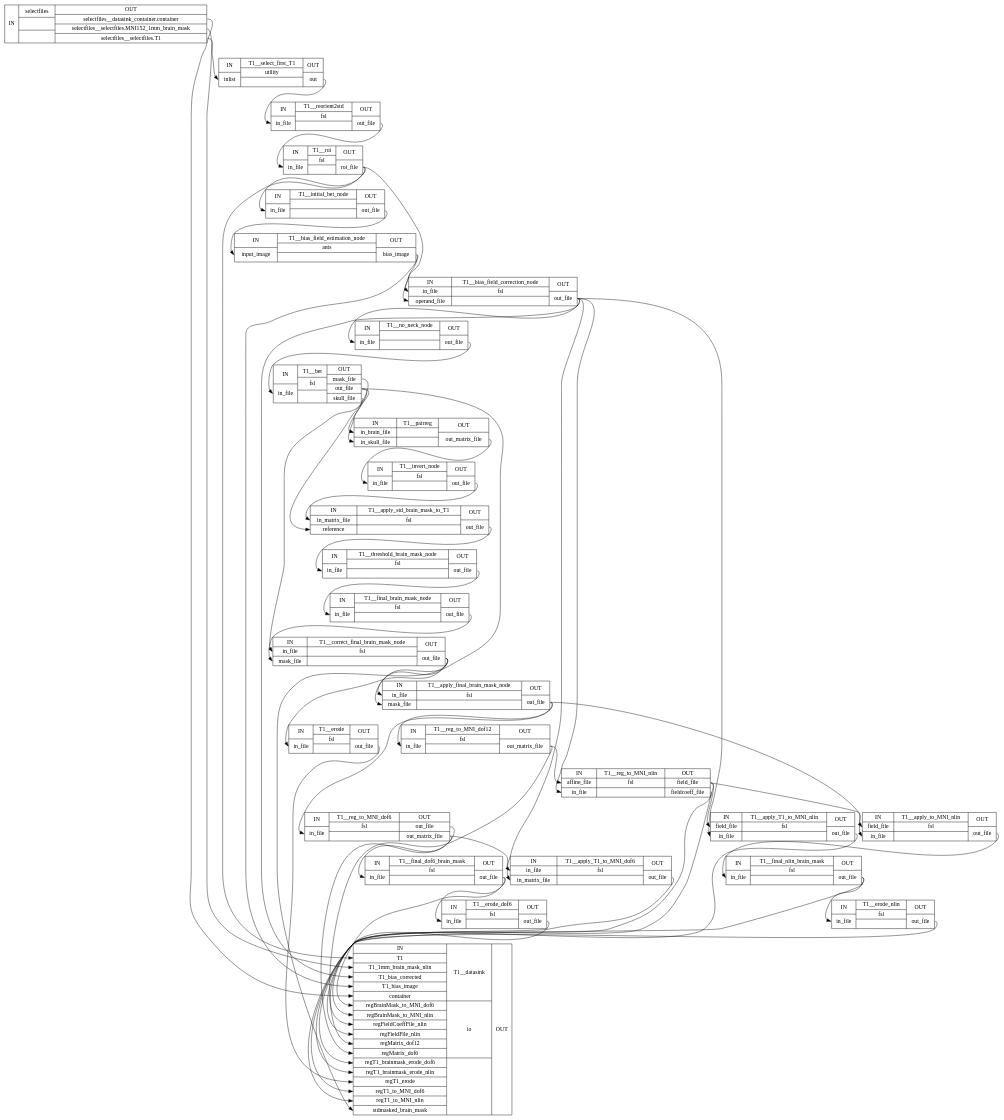
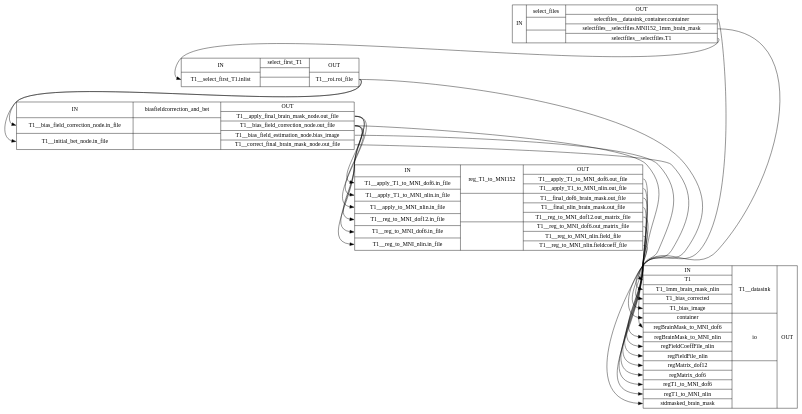
The diagram in 01_data/05_preprocess/graphs/preprocess_detailed.dot (christiantinauer/binADNI), drawn with Graphviz before and after one commit. The commit also changed 351 other files, not shown here.

```diff
--- a/01_data/05_preprocess/graphs/preprocess_detailed.dot
+++ b/01_data/05_preprocess/graphs/preprocess_detailed.dot
@@ -1,83 +1,31 @@
 digraph structs {
 node [shape=record];
-preprocessselectfiles [label="{IN}|{ selectfiles |  |  }|{OUT|<outselectfilesdatasinkcontainercontainer> selectfiles__datasink_container.container|<outselectfilesselectfilesMNI1521mmbrainmask> selectfiles__selectfiles.MNI152_1mm_brain_mask|<outselectfilesselectfilesT1> selectfiles__selectfiles.T1}"];
-preprocessT1__select_first_T1 [label="{IN|<ininlist> inlist}|{ T1__select_first_T1 | utility |  }|{OUT|<outout> out}"];
-preprocessT1__reorient2std [label="{IN|<ininfile> in_file}|{ T1__reorient2std | fsl |  }|{OUT|<outoutfile> out_file}"];
-preprocessT1__roi [label="{IN|<ininfile> in_file}|{ T1__roi | fsl |  }|{OUT|<outroifile> roi_file}"];
-preprocessT1__initial_bet_node [label="{IN|<ininfile> in_file}|{ T1__initial_bet_node |  |  }|{OUT|<outoutfile> out_file}"];
-preprocessT1__bias_field_estimation_node [label="{IN|<ininputimage> input_image}|{ T1__bias_field_estimation_node | ants |  }|{OUT|<outbiasimage> bias_image}"];
-preprocessT1__bias_field_correction_node [label="{IN|<ininfile> in_file|<inoperandfile> operand_file}|{ T1__bias_field_correction_node | fsl |  }|{OUT|<outoutfile> out_file}"];
-preprocessT1__no_neck_node [label="{IN|<ininfile> in_file}|{ T1__no_neck_node |  |  }|{OUT|<outoutfile> out_file}"];
-preprocessT1__bet [label="{IN|<ininfile> in_file}|{ T1__bet | fsl |  }|{OUT|<outmaskfile> mask_file|<outoutfile> out_file|<outskullfile> skull_file}"];
-preprocessT1__pairreg [label="{IN|<ininbrainfile> in_brain_file|<ininskullfile> in_skull_file}|{ T1__pairreg |  |  }|{OUT|<outoutmatrixfile> out_matrix_file}"];
-preprocessT1__invert_node [label="{IN|<ininfile> in_file}|{ T1__invert_node | fsl |  }|{OUT|<outoutfile> out_file}"];
-preprocessT1__apply_std_brain_mask_to_T1 [label="{IN|<ininmatrixfile> in_matrix_file|<inreference> reference}|{ T1__apply_std_brain_mask_to_T1 | fsl |  }|{OUT|<outoutfile> out_file}"];
-preprocessT1__threshold_brain_mask_node [label="{IN|<ininfile> in_file}|{ T1__threshold_brain_mask_node | fsl |  }|{OUT|<outoutfile> out_file}"];
-preprocessT1__final_brain_mask_node [label="{IN|<ininfile> in_file}|{ T1__final_brain_mask_node | fsl |  }|{OUT|<outoutfile> out_file}"];
-preprocessT1__correct_final_brain_mask_node [label="{IN|<ininfile> in_file|<inmaskfile> mask_file}|{ T1__correct_final_brain_mask_node | fsl |  }|{OUT|<outoutfile> out_file}"];
-preprocessT1__apply_final_brain_mask_node [label="{IN|<ininfile> in_file|<inmaskfile> mask_file}|{ T1__apply_final_brain_mask_node | fsl |  }|{OUT|<outoutfile> out_file}"];
-preprocessT1__erode [label="{IN|<ininfile> in_file}|{ T1__erode | fsl |  }|{OUT|<outoutfile> out_file}"];
-preprocessT1__reg_to_MNI_dof6 [label="{IN|<ininfile> in_file}|{ T1__reg_to_MNI_dof6 | fsl |  }|{OUT|<outoutfile> out_file|<outoutmatrixfile> out_matrix_file}"];
-preprocessT1__reg_to_MNI_dof12 [label="{IN|<ininfile> in_file}|{ T1__reg_to_MNI_dof12 | fsl |  }|{OUT|<outoutmatrixfile> out_matrix_file}"];
-preprocessT1__final_dof6_brain_mask [label="{IN|<ininfile> in_file}|{ T1__final_dof6_brain_mask | fsl |  }|{OUT|<outoutfile> out_file}"];
-preprocessT1__apply_T1_to_MNI_dof6 [label="{IN|<ininfile> in_file|<ininmatrixfile> in_matrix_file}|{ T1__apply_T1_to_MNI_dof6 | fsl |  }|{OUT|<outoutfile> out_file}"];
-preprocessT1__reg_to_MNI_nlin [label="{IN|<inaffinefile> affine_file|<ininfile> in_file}|{ T1__reg_to_MNI_nlin | fsl |  }|{OUT|<outfieldfile> field_file|<outfieldcoefffile> fieldcoeff_file}"];
-preprocessT1__erode_dof6 [label="{IN|<ininfile> in_file}|{ T1__erode_dof6 | fsl |  }|{OUT|<outoutfile> out_file}"];
-preprocessT1__apply_to_MNI_nlin [label="{IN|<infieldfile> field_file|<ininfile> in_file}|{ T1__apply_to_MNI_nlin | fsl |  }|{OUT|<outoutfile> out_file}"];
-preprocessT1__apply_T1_to_MNI_nlin [label="{IN|<infieldfile> field_file|<ininfile> in_file}|{ T1__apply_T1_to_MNI_nlin | fsl |  }|{OUT|<outoutfile> out_file}"];
-preprocessT1__final_nlin_brain_mask [label="{IN|<ininfile> in_file}|{ T1__final_nlin_brain_mask | fsl |  }|{OUT|<outoutfile> out_file}"];
-preprocessT1__erode_nlin [label="{IN|<ininfile> in_file}|{ T1__erode_nlin | fsl |  }|{OUT|<outoutfile> out_file}"];
-preprocessT1__datasink [label="{IN|<inT1> T1|<inT11mmbrainmasknlin> T1_1mm_brain_mask_nlin|<inT1biascorrected> T1_bias_corrected|<inT1biasimage> T1_bias_image|<incontainer> container|<inregBrainMasktoMNIdof6> regBrainMask_to_MNI_dof6|<inregBrainMasktoMNInlin> regBrainMask_to_MNI_nlin|<inregFieldCoeffFilenlin> regFieldCoeffFile_nlin|<inregFieldFilenlin> regFieldFile_nlin|<inregMatrixdof12> regMatrix_dof12|<inregMatrixdof6> regMatrix_dof6|<inregT1brainmaskerodedof6> regT1_brainmask_erode_dof6|<inregT1brainmaskerodenlin> regT1_brainmask_erode_nlin|<inregT1erode> regT1_erode|<inregT1toMNIdof6> regT1_to_MNI_dof6|<inregT1toMNInlin> regT1_to_MNI_nlin|<instdmaskedbrainmask> stdmasked_brain_mask}|{ T1__datasink | io |  }|{OUT}"];
-preprocessT1__apply_T1_to_MNI_dof6:outoutfile:e -> preprocessT1__datasink:inregT1toMNIdof6:w;
-preprocessT1__apply_T1_to_MNI_nlin:outoutfile:e -> preprocessT1__datasink:inregT1toMNInlin:w;
-preprocessT1__apply_final_brain_mask_node:outoutfile:e -> preprocessT1__apply_to_MNI_nlin:ininfile:w;
-preprocessT1__apply_final_brain_mask_node:outoutfile:e -> preprocessT1__reg_to_MNI_dof12:ininfile:w;
-preprocessT1__apply_final_brain_mask_node:outoutfile:e -> preprocessT1__reg_to_MNI_dof6:ininfile:w;
-preprocessT1__apply_std_brain_mask_to_T1:outoutfile:e -> preprocessT1__threshold_brain_mask_node:ininfile:w;
-preprocessT1__apply_to_MNI_nlin:outoutfile:e -> preprocessT1__final_nlin_brain_mask:ininfile:w;
-preprocessT1__bet:outmaskfile:e -> preprocessT1__correct_final_brain_mask_node:ininfile:w;
-preprocessT1__bet:outoutfile:e -> preprocessT1__apply_final_brain_mask_node:ininfile:w;
-preprocessT1__bet:outoutfile:e -> preprocessT1__apply_std_brain_mask_to_T1:inreference:w;
-preprocessT1__bet:outoutfile:e -> preprocessT1__pairreg:ininbrainfile:w;
-preprocessT1__bet:outskullfile:e -> preprocessT1__pairreg:ininskullfile:w;
-preprocessT1__bias_field_correction_node:outoutfile:e -> preprocessT1__apply_T1_to_MNI_dof6:ininfile:w;
-preprocessT1__bias_field_correction_node:outoutfile:e -> preprocessT1__apply_T1_to_MNI_nlin:ininfile:w;
-preprocessT1__bias_field_correction_node:outoutfile:e -> preprocessT1__datasink:inT1biascorrected:w;
-preprocessT1__bias_field_correction_node:outoutfile:e -> preprocessT1__no_neck_node:ininfile:w;
-preprocessT1__bias_field_correction_node:outoutfile:e -> preprocessT1__reg_to_MNI_nlin:ininfile:w;
-preprocessT1__bias_field_estimation_node:outbiasimage:e -> preprocessT1__bias_field_correction_node:inoperandfile:w;
-preprocessT1__bias_field_estimation_node:outbiasimage:e -> preprocessT1__datasink:inT1biasimage:w;
-preprocessT1__correct_final_brain_mask_node:outoutfile:e -> preprocessT1__apply_final_brain_mask_node:inmaskfile:w;
-preprocessT1__correct_final_brain_mask_node:outoutfile:e -> preprocessT1__datasink:instdmaskedbrainmask:w;
-preprocessT1__correct_final_brain_mask_node:outoutfile:e -> preprocessT1__erode:ininfile:w;
-preprocessT1__erode:outoutfile:e -> preprocessT1__datasink:inregT1erode:w;
-preprocessT1__erode_dof6:outoutfile:e -> preprocessT1__datasink:inregT1brainmaskerodedof6:w;
-preprocessT1__erode_nlin:outoutfile:e -> preprocessT1__datasink:inregT1brainmaskerodenlin:w;
-preprocessT1__final_brain_mask_node:outoutfile:e -> preprocessT1__correct_final_brain_mask_node:inmaskfile:w;
-preprocessT1__final_dof6_brain_mask:outoutfile:e -> preprocessT1__datasink:inregBrainMasktoMNIdof6:w;
-preprocessT1__final_dof6_brain_mask:outoutfile:e -> preprocessT1__erode_dof6:ininfile:w;
-preprocessT1__final_nlin_brain_mask:outoutfile:e -> preprocessT1__datasink:inregBrainMasktoMNInlin:w;
-preprocessT1__final_nlin_brain_mask:outoutfile:e -> preprocessT1__erode_nlin:ininfile:w;
-preprocessT1__initial_bet_node:outoutfile:e -> preprocessT1__bias_field_estimation_node:ininputimage:w;
-preprocessT1__invert_node:outoutfile:e -> preprocessT1__apply_std_brain_mask_to_T1:ininmatrixfile:w;
-preprocessT1__no_neck_node:outoutfile:e -> preprocessT1__bet:ininfile:w;
-preprocessT1__pairreg:outoutmatrixfile:e -> preprocessT1__invert_node:ininfile:w;
-preprocessT1__reg_to_MNI_dof12:outoutmatrixfile:e -> preprocessT1__datasink:inregMatrixdof12:w;
-preprocessT1__reg_to_MNI_dof12:outoutmatrixfile:e -> preprocessT1__reg_to_MNI_nlin:inaffinefile:w;
-preprocessT1__reg_to_MNI_dof6:outoutfile:e -> preprocessT1__final_dof6_brain_mask:ininfile:w;
-preprocessT1__reg_to_MNI_dof6:outoutmatrixfile:e -> preprocessT1__apply_T1_to_MNI_dof6:ininmatrixfile:w;
-preprocessT1__reg_to_MNI_dof6:outoutmatrixfile:e -> preprocessT1__datasink:inregMatrixdof6:w;
-preprocessT1__reg_to_MNI_nlin:outfieldcoefffile:e -> preprocessT1__datasink:inregFieldCoeffFilenlin:w;
-preprocessT1__reg_to_MNI_nlin:outfieldfile:e -> preprocessT1__apply_T1_to_MNI_nlin:infieldfile:w;
-preprocessT1__reg_to_MNI_nlin:outfieldfile:e -> preprocessT1__apply_to_MNI_nlin:infieldfile:w;
-preprocessT1__reg_to_MNI_nlin:outfieldfile:e -> preprocessT1__datasink:inregFieldFilenlin:w;
-preprocessT1__reorient2std:outoutfile:e -> preprocessT1__roi:ininfile:w;
-preprocessT1__roi:outroifile:e -> preprocessT1__bias_field_correction_node:ininfile:w;
-preprocessT1__roi:outroifile:e -> preprocessT1__datasink:inT1:w;
-preprocessT1__roi:outroifile:e -> preprocessT1__initial_bet_node:ininfile:w;
-preprocessT1__select_first_T1:outout:e -> preprocessT1__reorient2std:ininfile:w;
-preprocessT1__threshold_brain_mask_node:outoutfile:e -> preprocessT1__final_brain_mask_node:ininfile:w;
-preprocessselectfiles:outselectfilesdatasinkcontainercontainer:e -> preprocessT1__datasink:incontainer:w;
-preprocessselectfiles:outselectfilesselectfilesMNI1521mmbrainmask:e -> preprocessT1__datasink:inT11mmbrainmasknlin:w;
-preprocessselectfiles:outselectfilesselectfilesT1:e -> preprocessT1__select_first_T1:ininlist:w;
+preprocessselect_files [label="{IN}|{ select_files |  |  }|{OUT|<outselectfilesdatasinkcontainercontainer> selectfiles__datasink_container.container|<outselectfilesselectfilesMNI1521mmbrainmask> selectfiles__selectfiles.MNI152_1mm_brain_mask|<outselectfilesselectfilesT1> selectfiles__selectfiles.T1}"];
+preprocessselect_first_T1 [label="{IN|<inT1selectfirstT1inlist> T1__select_first_T1.inlist}|{ select_first_T1 |  |  }|{OUT|<outT1roiroifile> T1__roi.roi_file}"];
+preprocessbiasfieldcorrection_and_bet [label="{IN|<inT1biasfieldcorrectionnodeinfile> T1__bias_field_correction_node.in_file|<inT1initialbetnodeinfile> T1__initial_bet_node.in_file}|{ biasfieldcorrection_and_bet |  |  }|{OUT|<outT1applyfinalbrainmasknodeoutfile> T1__apply_final_brain_mask_node.out_file|<outT1biasfieldcorrectionnodeoutfile> T1__bias_field_correction_node.out_file|<outT1biasfieldestimationnodebiasimage> T1__bias_field_estimation_node.bias_image|<outT1correctfinalbrainmasknodeoutfile> T1__correct_final_brain_mask_node.out_file}"];
+preprocessreg_T1_to_MNI152 [label="{IN|<inT1applyT1toMNIdof6infile> T1__apply_T1_to_MNI_dof6.in_file|<inT1applyT1toMNInlininfile> T1__apply_T1_to_MNI_nlin.in_file|<inT1applytoMNInlininfile> T1__apply_to_MNI_nlin.in_file|<inT1regtoMNIdof12infile> T1__reg_to_MNI_dof12.in_file|<inT1regtoMNIdof6infile> T1__reg_to_MNI_dof6.in_file|<inT1regtoMNInlininfile> T1__reg_to_MNI_nlin.in_file}|{ reg_T1_to_MNI152 |  |  }|{OUT|<outT1applyT1toMNIdof6outfile> T1__apply_T1_to_MNI_dof6.out_file|<outT1applyT1toMNInlinoutfile> T1__apply_T1_to_MNI_nlin.out_file|<outT1finaldof6brainmaskoutfile> T1__final_dof6_brain_mask.out_file|<outT1finalnlinbrainmaskoutfile> T1__final_nlin_brain_mask.out_file|<outT1regtoMNIdof12outmatrixfile> T1__reg_to_MNI_dof12.out_matrix_file|<outT1regtoMNIdof6outmatrixfile> T1__reg_to_MNI_dof6.out_matrix_file|<outT1regtoMNInlinfieldfile> T1__reg_to_MNI_nlin.field_file|<outT1regtoMNInlinfieldcoefffile> T1__reg_to_MNI_nlin.fieldcoeff_file}"];
+preprocessT1__datasink [label="{IN|<inT1> T1|<inT11mmbrainmasknlin> T1_1mm_brain_mask_nlin|<inT1biascorrected> T1_bias_corrected|<inT1biasimage> T1_bias_image|<incontainer> container|<inregBrainMasktoMNIdof6> regBrainMask_to_MNI_dof6|<inregBrainMasktoMNInlin> regBrainMask_to_MNI_nlin|<inregFieldCoeffFilenlin> regFieldCoeffFile_nlin|<inregFieldFilenlin> regFieldFile_nlin|<inregMatrixdof12> regMatrix_dof12|<inregMatrixdof6> regMatrix_dof6|<inregT1toMNIdof6> regT1_to_MNI_dof6|<inregT1toMNInlin> regT1_to_MNI_nlin|<instdmaskedbrainmask> stdmasked_brain_mask}|{ T1__datasink | io |  }|{OUT}"];
+preprocessbiasfieldcorrection_and_bet:outT1applyfinalbrainmasknodeoutfile:e -> preprocessreg_T1_to_MNI152:inT1applytoMNInlininfile:w;
+preprocessbiasfieldcorrection_and_bet:outT1applyfinalbrainmasknodeoutfile:e -> preprocessreg_T1_to_MNI152:inT1regtoMNIdof12infile:w;
+preprocessbiasfieldcorrection_and_bet:outT1applyfinalbrainmasknodeoutfile:e -> preprocessreg_T1_to_MNI152:inT1regtoMNIdof6infile:w;
+preprocessbiasfieldcorrection_and_bet:outT1biasfieldcorrectionnodeoutfile:e -> preprocessT1__datasink:inT1biascorrected:w;
+preprocessbiasfieldcorrection_and_bet:outT1biasfieldcorrectionnodeoutfile:e -> preprocessreg_T1_to_MNI152:inT1applyT1toMNIdof6infile:w;
+preprocessbiasfieldcorrection_and_bet:outT1biasfieldcorrectionnodeoutfile:e -> preprocessreg_T1_to_MNI152:inT1applyT1toMNInlininfile:w;
+preprocessbiasfieldcorrection_and_bet:outT1biasfieldcorrectionnodeoutfile:e -> preprocessreg_T1_to_MNI152:inT1regtoMNInlininfile:w;
+preprocessbiasfieldcorrection_and_bet:outT1biasfieldestimationnodebiasimage:e -> preprocessT1__datasink:inT1biasimage:w;
+preprocessbiasfieldcorrection_and_bet:outT1correctfinalbrainmasknodeoutfile:e -> preprocessT1__datasink:instdmaskedbrainmask:w;
+preprocessreg_T1_to_MNI152:outT1applyT1toMNIdof6outfile:e -> preprocessT1__datasink:inregT1toMNIdof6:w;
+preprocessreg_T1_to_MNI152:outT1applyT1toMNInlinoutfile:e -> preprocessT1__datasink:inregT1toMNInlin:w;
+preprocessreg_T1_to_MNI152:outT1finaldof6brainmaskoutfile:e -> preprocessT1__datasink:inregBrainMasktoMNIdof6:w;
+preprocessreg_T1_to_MNI152:outT1finalnlinbrainmaskoutfile:e -> preprocessT1__datasink:inregBrainMasktoMNInlin:w;
+preprocessreg_T1_to_MNI152:outT1regtoMNIdof12outmatrixfile:e -> preprocessT1__datasink:inregMatrixdof12:w;
+preprocessreg_T1_to_MNI152:outT1regtoMNIdof6outmatrixfile:e -> preprocessT1__datasink:inregMatrixdof6:w;
+preprocessreg_T1_to_MNI152:outT1regtoMNInlinfieldcoefffile:e -> preprocessT1__datasink:inregFieldCoeffFilenlin:w;
+preprocessreg_T1_to_MNI152:outT1regtoMNInlinfieldfile:e -> preprocessT1__datasink:inregFieldFilenlin:w;
+preprocessselect_files:outselectfilesdatasinkcontainercontainer:e -> preprocessT1__datasink:incontainer:w;
+preprocessselect_files:outselectfilesselectfilesMNI1521mmbrainmask:e -> preprocessT1__datasink:inT11mmbrainmasknlin:w;
+preprocessselect_files:outselectfilesselectfilesT1:e -> preprocessselect_first_T1:inT1selectfirstT1inlist:w;
+preprocessselect_first_T1:outT1roiroifile:e -> preprocessT1__datasink:inT1:w;
+preprocessselect_first_T1:outT1roiroifile:e -> preprocessbiasfieldcorrection_and_bet:inT1biasfieldcorrectionnodeinfile:w;
+preprocessselect_first_T1:outT1roiroifile:e -> preprocessbiasfieldcorrection_and_bet:inT1initialbetnodeinfile:w;
 }
```
